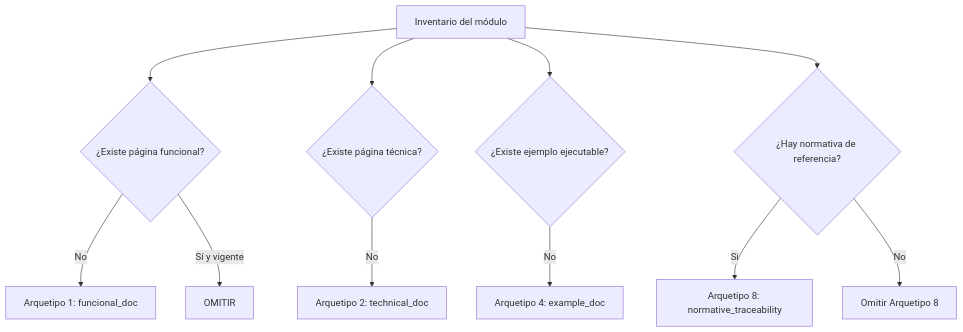
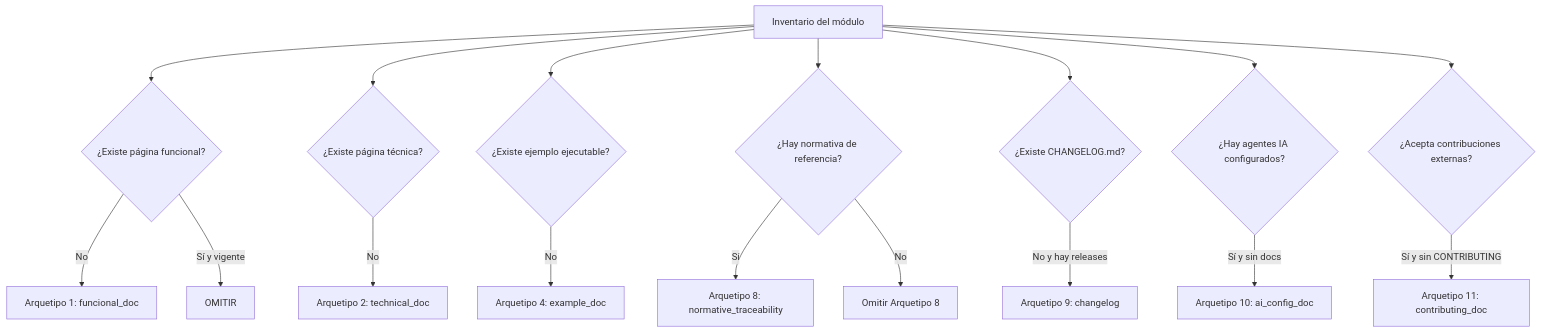
The diagram in docs/functional/archetypes.md (fmanza/doc_ia), drawn with Mermaid before and after one commit. The commit also changed other lines of this file and 10 other files, not shown here.

````diff
--- a/docs/functional/archetypes.md
+++ b/docs/functional/archetypes.md
@@ -30,16 +33,25 @@
 ```mermaid
 flowchart TD
     INV[Inventario del módulo] --> Q1{¿Existe página funcional?}
     Q1 -- No --> A1[Arquetipo 1: funcional_doc]
     Q1 -- Sí y vigente --> C1[OMITIR]
 
     INV --> Q2{¿Existe página técnica?}
     Q2 -- No --> A2[Arquetipo 2: technical_doc]
 
     INV --> Q3{¿Existe ejemplo ejecutable?}
     Q3 -- No --> A4[Arquetipo 4: example_doc]
 
     INV --> Q8{¿Hay normativa de referencia?}
     Q8 -- Sí --> A8[Arquetipo 8: normative_traceability]
     Q8 -- No --> skip8[Omitir Arquetipo 8]
+
+    INV --> Q9{¿Existe CHANGELOG.md?}
+    Q9 -- No y hay releases --> A9[Arquetipo 9: changelog]
+
+    INV --> Q10{¿Hay agentes IA configurados?}
+    Q10 -- Sí y sin docs --> A10[Arquetipo 10: ai_config_doc]
+
+    INV --> Q11{¿Acepta contribuciones externas?}
+    Q11 -- Sí y sin CONTRIBUTING --> A11[Arquetipo 11: contributing_doc]
 ```
````
